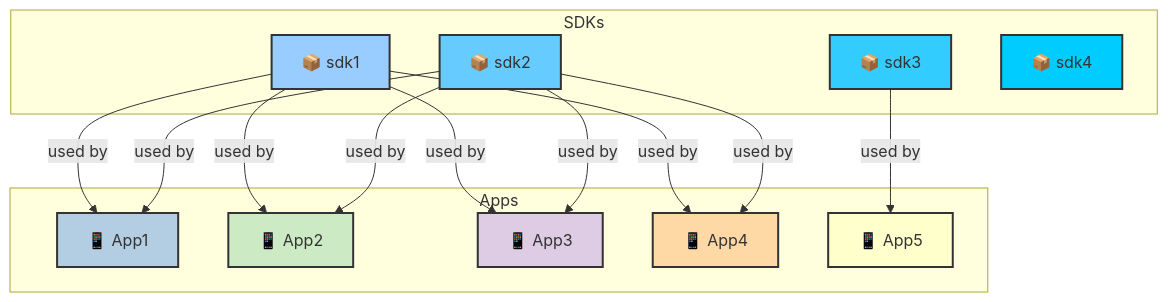
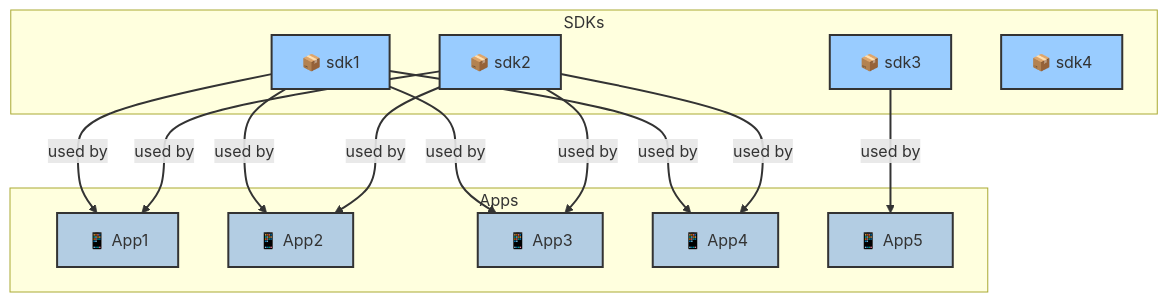
The second of 3 diagrams in testdependency.md (tavisca-gkochar/gkochar-tavisca.com), drawn with Mermaid before and after one commit. The commit also changed other lines of this file, not shown here.

````diff
--- a/testdependency.md
+++ b/testdependency.md
@@ -56,41 +50,36 @@
 ```mermaid
 graph TD;
     %% Define subgraph SDKs
     subgraph SDKs
         L1[📦 sdk1]
         L2[📦 sdk2]
         L3[📦 sdk3]
         L4[📦 sdk4]
     end
 
     subgraph Apps
         A1[📱 App1]
         A2[📱 App2]
         A3[📱 App3]
         A4[📱 App4]
         A5[📱 App5]
     end
 
     %% Define relationships
     L1 -->|used by| A1;
     L1 -->|used by| A2;
     L1 -->|used by| A3;
     L1 -->|used by| A4;
     L2 -->|used by| A1;
     L2 -->|used by| A2;
     L2 -->|used by| A3;
     L2 -->|used by| A4;
     L3 -->|used by| A5;
 
-    %% Adding styles and theming
-    style L1 fill:#9cf,stroke:#333,stroke-width:2px;
-    style L2 fill:#6cf,stroke:#333,stroke-width:2px;
-    style L3 fill:#3cf,stroke:#333,stroke-width:2px;
-    style L4 fill:#0cf,stroke:#333,stroke-width:2px;
-
-    style A1 fill:#b3cde3,stroke:#333,stroke-width:2px;
-    style A2 fill:#ccebc5,stroke:#333,stroke-width:2px;
-    style A3 fill:#decbe4,stroke:#333,stroke-width:2px;
-    style A4 fill:#fed9a6,stroke:#333,stroke-width:2px;
-    style A5 fill:#ffffcc,stroke:#333,stroke-width:2px;
+    %% Styling nodes and edges
+    classDef sdk fill:#9cf,stroke:#333,stroke-width:2px;
+    classDef app fill:#b3cde3,stroke:#333,stroke-width:2px;
+    class L1,L2,L3,L4 sdk;
+    class A1,A2,A3,A4,A5 app;
+    linkStyle default stroke:#333,stroke-width:2px;
 ```
````
